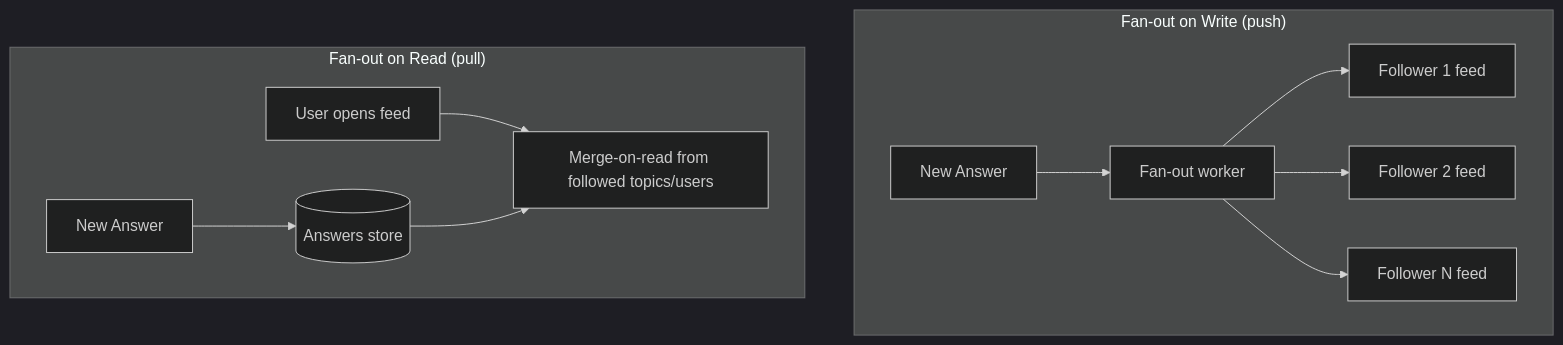
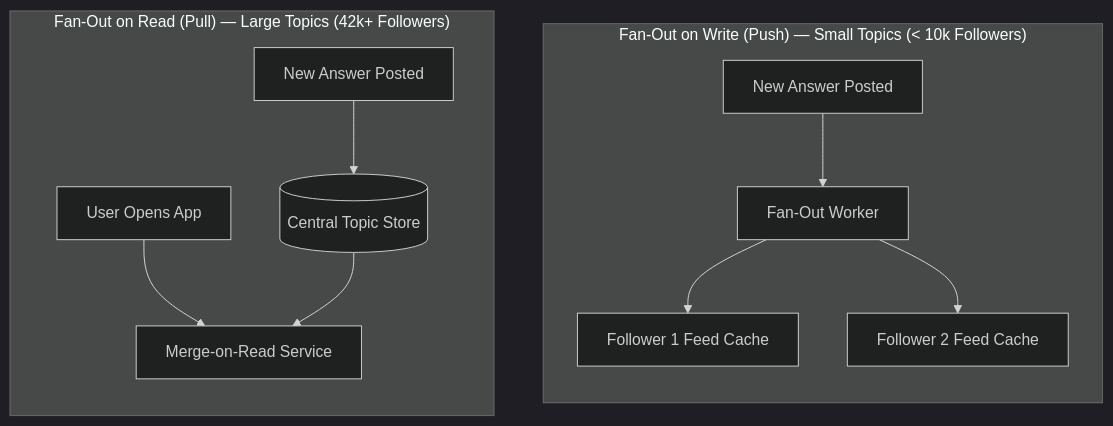
One commit to riyaz-pasha/Learnings changed diagram 12 of 18 in system-design/HLD/0-course/27-Design Quora-FAANG-Guide.md. Above: the diagram before and after it, drawn with Mermaid (dark theme). The commit also changed other lines of this file and 1 other file, not shown here.

Commit message:
docs: simplify language, expand examples, and fix mermaid diagrams in Quora guide

````diff
--- a/system-design/HLD/0-course/27-Design Quora-FAANG-Guide.md
+++ b/system-design/HLD/0-course/27-Design Quora-FAANG-Guide.md
@@ -578,14 +597,16 @@
 ```mermaid
 flowchart TD
-    subgraph "Fan-out on Write (push)"
-    Q1[New Answer] --> F1[Fan-out worker]
-    F1 --> U1[Follower 1 feed]
-    F1 --> U2[Follower 2 feed]
-    F1 --> U3[Follower N feed]
+    subgraph PushPath["Fan-Out on Write (Push) — Small Topics (< 10k Followers)"]
+        direction TB
+        Q1["New Answer Posted"] --> F1["Fan-Out Worker"]
+        F1 --> U1["Follower 1 Feed Cache"]
+        F1 --> U2["Follower 2 Feed Cache"]
     end
-    subgraph "Fan-out on Read (pull)"
-    Q2[New Answer] --> Store[(Answers store)]
-    Reader[User opens feed] --> Merge[Merge-on-read from followed topics/users]
-    Store --> Merge
+
+    subgraph PullPath["Fan-Out on Read (Pull) — Large Topics (42k+ Followers)"]
+        direction TB
+        Q2["New Answer Posted"] --> Store[("Central Topic Store")]
+        Reader["User Opens App"] --> Merge["Merge-on-Read Service"]
+        Store --> Merge
     end
 ```
````
